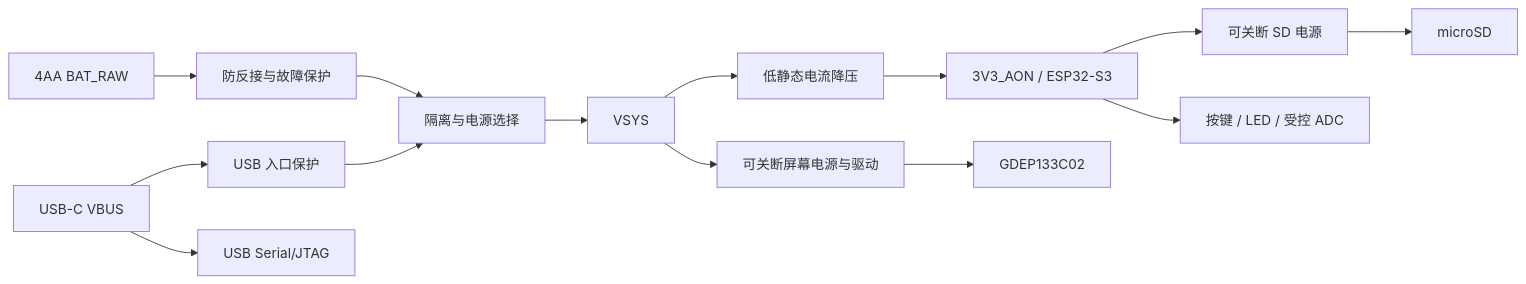
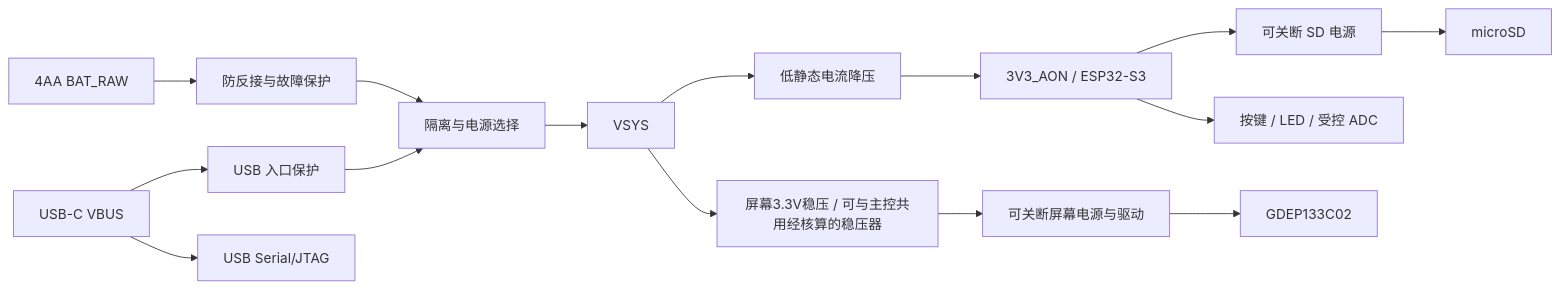
The diagram in docs/design/pcb.md (Rhys-Q/album), drawn with Mermaid before and after one commit. The commit also changed other lines of this file and 12 other files, not shown here.

````diff
--- a/docs/design/pcb.md
+++ b/docs/design/pcb.md
@@ -61,16 +177,17 @@
 ```mermaid
 flowchart LR
     BAT[4AA BAT_RAW] --> BP[防反接与故障保护]
     BP --> SEL[隔离与电源选择]
     USB[USB-C VBUS] --> UP[USB 入口保护]
     UP --> SEL
     SEL --> SYS[VSYS]
     SYS --> REG[低静态电流降压]
     REG --> AON[3V3_AON / ESP32-S3]
     AON --> SDP[可关断 SD 电源]
     SDP --> SD[microSD]
-    SYS --> EP[可关断屏幕电源与驱动]
+    SYS --> EREG[屏幕3.3V稳压 / 可与主控共用经核算的稳压器]
+    EREG --> EP[可关断屏幕电源与驱动]
     EP --> EPD[GDEP133C02]
     AON --> CTRL[按键 / LED / 受控 ADC]
     USB --> DATA[USB Serial/JTAG]
 ```
````
